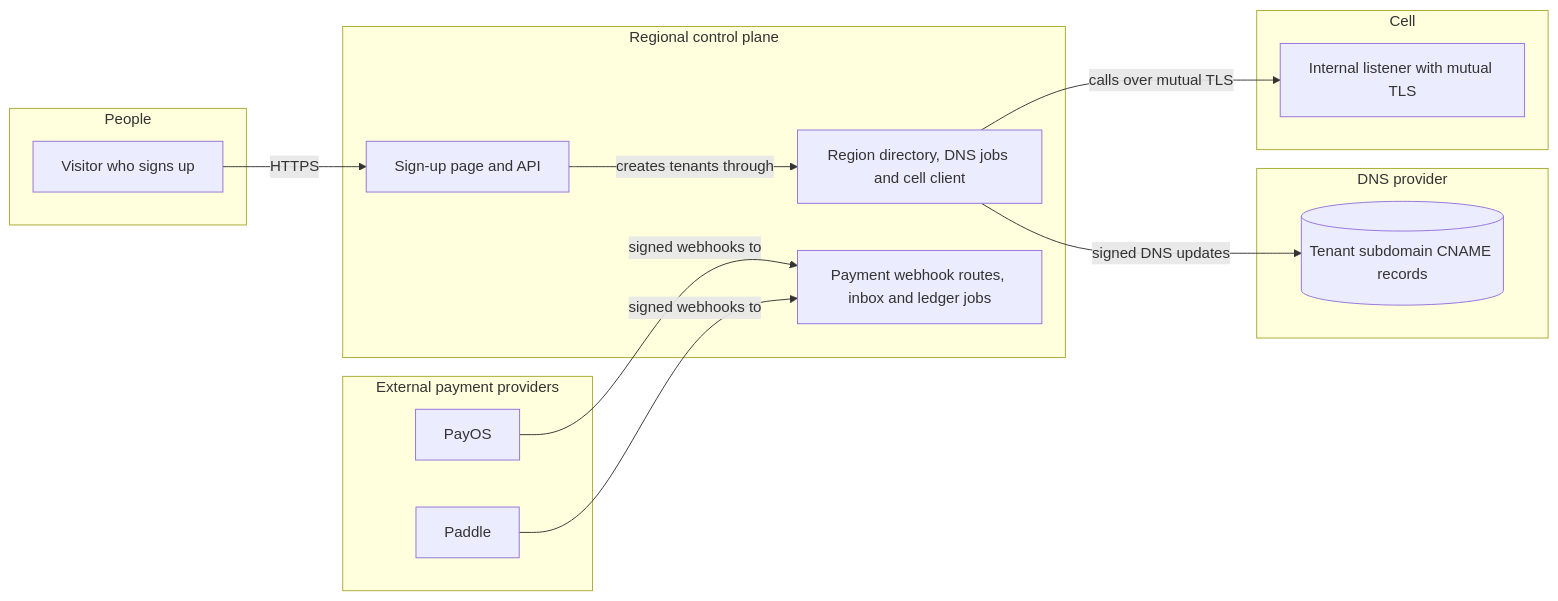
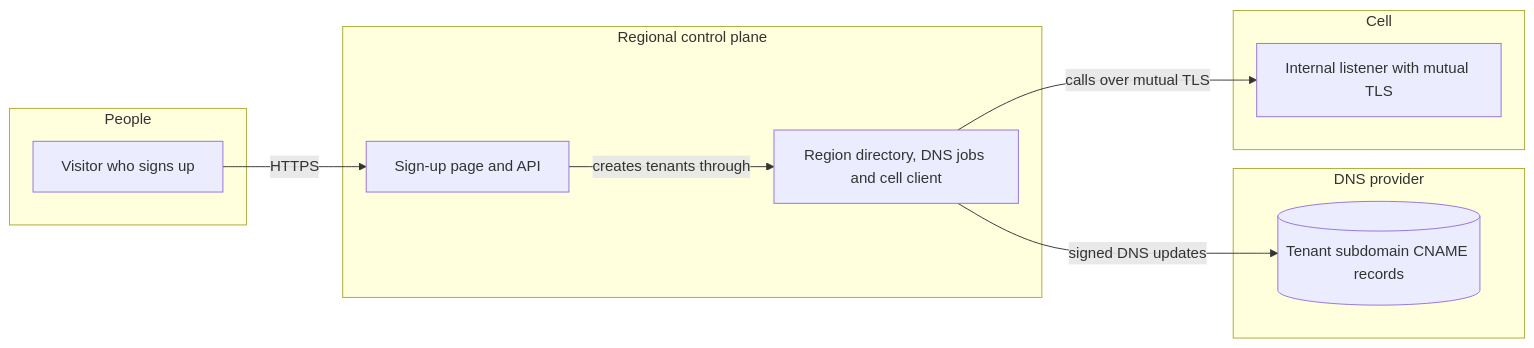
The first of 4 diagrams in docs/reference/threat-model-control-plane.md (phuongnse/axis), drawn with Mermaid before and after one commit. The commit also changed other lines of this file and 61 other files, not shown here.

First line of the commit message:
The control plane takes no payments: PayOS, payment webhooks, invoices and the ledger are removed (#5012)

````diff
--- a/docs/reference/threat-model-control-plane.md
+++ b/docs/reference/threat-model-control-plane.md
@@ -15,27 +15,20 @@
 ```mermaid
 flowchart LR
     subgraph people [People]
         Visitor[Visitor who signs up]
     end
     subgraph control [Regional control plane]
         SignUp[Sign-up page and API]
         Directory[Region directory, DNS jobs and cell client]
-        Webhooks[Payment webhook routes, inbox and ledger jobs]
     end
     subgraph dns [DNS provider]
         Records[(Tenant subdomain CNAME records)]
     end
     subgraph cell [Cell]
         Internal[Internal listener with mutual TLS]
     end
-    subgraph providers [External payment providers]
-        PayOS[PayOS]
-        Paddle[Paddle]
-    end
     Visitor -->|HTTPS| SignUp
     SignUp -->|creates tenants through| Directory
     Directory -->|signed DNS updates| Records
     Directory -->|calls over mutual TLS| Internal
-    PayOS -->|signed webhooks to| Webhooks
-    Paddle -->|signed webhooks to| Webhooks
 ```
````
